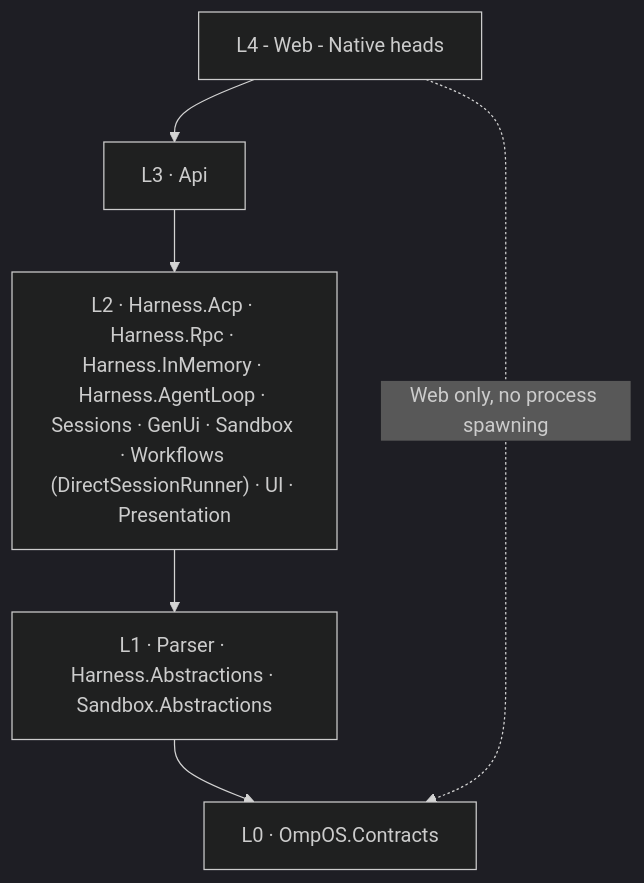
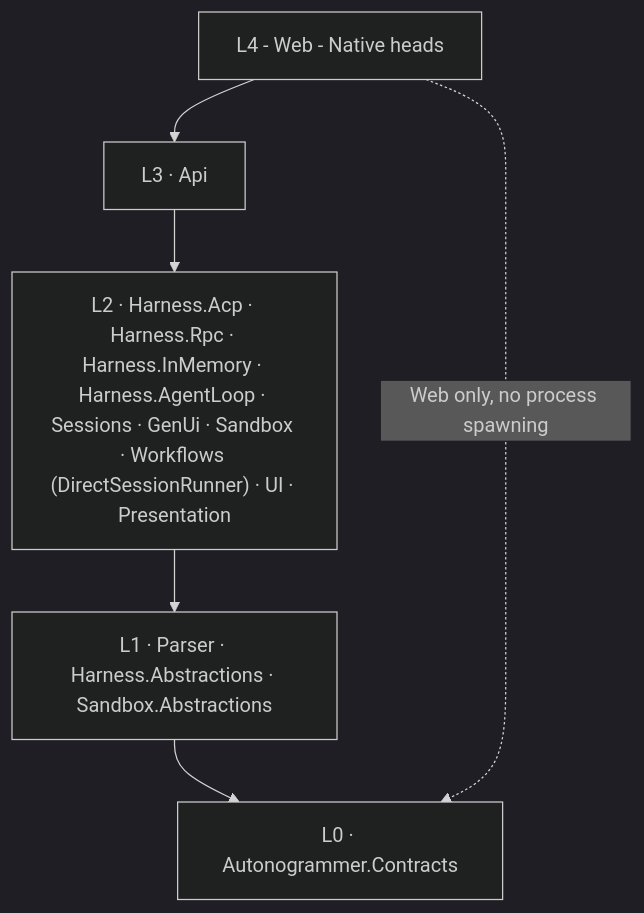
One commit to swcstudiospace/OmpOS changed the first of 2 diagrams in docs/architecture.md. Above: the diagram before and after it, drawn with Mermaid (dark theme). The commit also changed other lines of this file and 10702 other files, not shown here.

````diff
--- a/docs/architecture.md
+++ b/docs/architecture.md
@@ -47,13 +47,13 @@
 ```mermaid
 flowchart TB
-    L0["L0 · OmpOS.Contracts"]
+    L0["L0 · Autonogrammer.Contracts"]
     L1["L1 · Parser · Harness.Abstractions · Sandbox.Abstractions"]
     L2["L2 · Harness.Acp · Harness.Rpc · Harness.InMemory · Harness.AgentLoop · Sessions · GenUi · Sandbox · Workflows (DirectSessionRunner) · UI · Presentation"]
     L3["L3 · Api"]
     L4["L4 - Web - Native heads"]
     L4 --> L3
     L3 --> L2
     L2 --> L1
     L1 --> L0
     L4 -. Web only, no process spawning .-> L0
 ```
````
